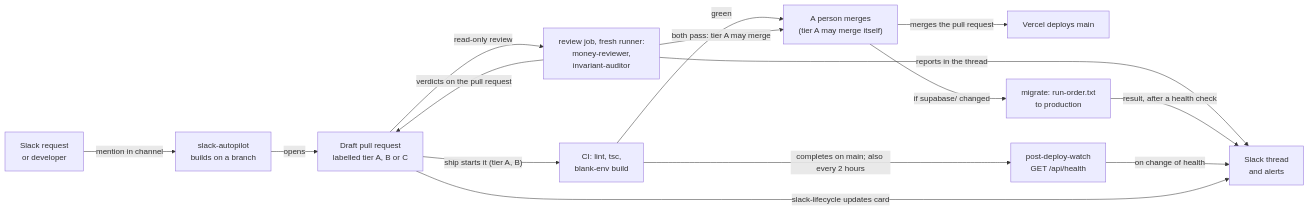
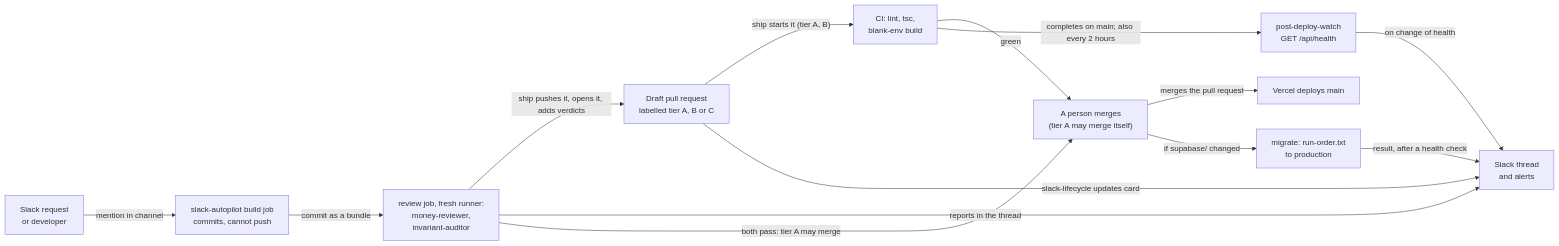
Before and after one commit to raviteja0012/robinsons-store: the sixth of 6 diagrams in docs/ARCHITECTURE.md, drawn with Mermaid. The commit also changed other lines of this file and 13 other files, not shown here.

First line of the commit message:
Build the Slack request in a job that only produces the commit

````diff
--- a/docs/ARCHITECTURE.md
+++ b/docs/ARCHITECTURE.md
@@ -369,27 +369,26 @@
 ```mermaid
 flowchart LR
   REQ["Slack request<br/>or developer"]
-  AP["slack-autopilot<br/>builds on a branch"]
+  AP["slack-autopilot build job<br/>commits, cannot push"]
+  REV["review job, fresh runner:<br/>money-reviewer,<br/>invariant-auditor"]
   PR["Draft pull request<br/>labelled tier A, B or C"]
-  REV["review job, fresh runner:<br/>money-reviewer,<br/>invariant-auditor"]
   CI["CI: lint, tsc,<br/>blank-env build"]
   HUM["A person merges<br/>(tier A may merge itself)"]
   VD["Vercel deploys main"]
   MIG["migrate: run-order.txt<br/>to production"]
   WD["post-deploy-watch<br/>GET /api/health"]
   SLK["Slack thread<br/>and alerts"]
   REQ -- "mention in channel" --> AP
-  AP -- "opens" --> PR
-  PR -- "read-only review" --> REV
-  REV -- "verdicts on the pull request" --> PR
+  AP -- "commit as a bundle" --> REV
+  REV -- "ship pushes it, opens it, adds verdicts" --> PR
   REV -- "reports in the thread" --> SLK
   PR -- "ship starts it (tier A, B)" --> CI
   CI -- "green" --> HUM
   REV -- "both pass: tier A may merge" --> HUM
   HUM -- "merges the pull request" --> VD
   HUM -- "if supabase/ changed" --> MIG
   CI -- "completes on main; also every 2 hours" --> WD
   MIG -- "result, after a health check" --> SLK
   WD -- "on change of health" --> SLK
   PR -- "slack-lifecycle updates card" --> SLK
 ```
````
